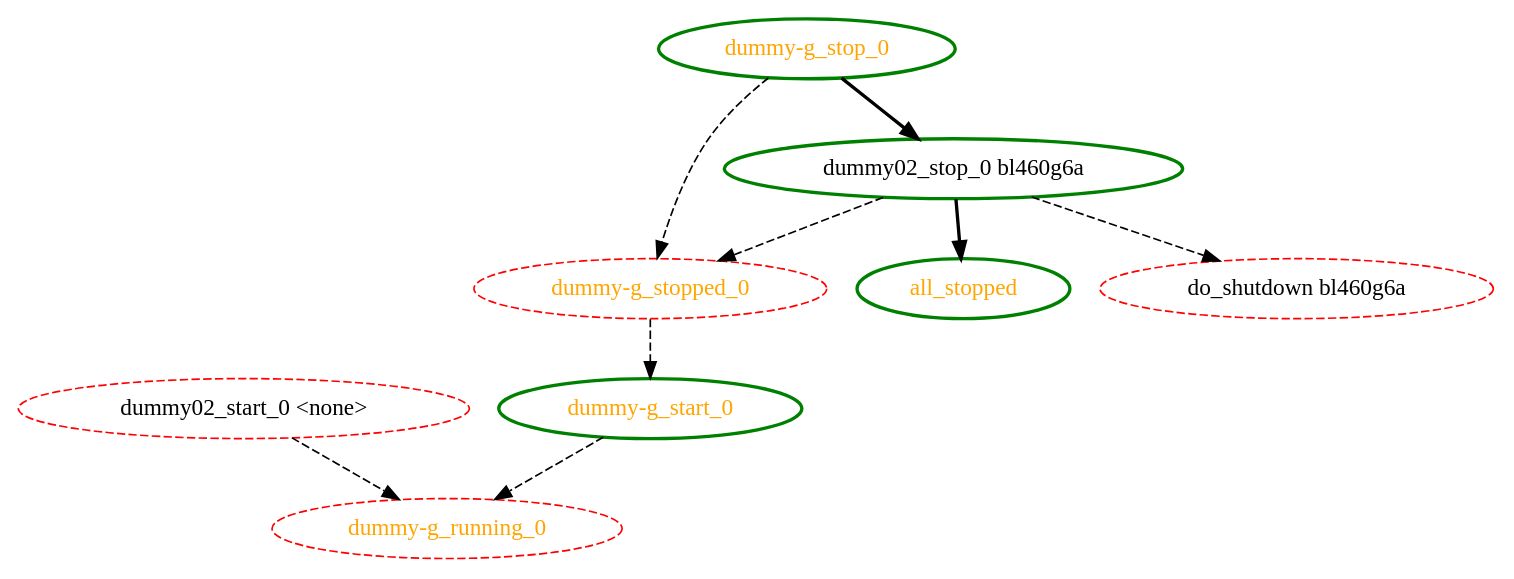
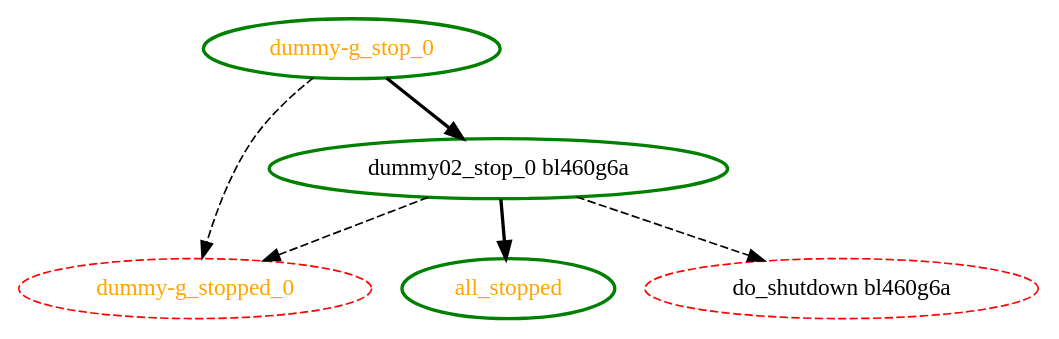
Before and after one commit to ClusterLabs/pacemaker: the diagram in pengine/test10/bug-5028-bottom.dot, drawn with Graphviz. The commit also changed 10 other files, not shown here.

```diff
--- a/pengine/test10/bug-5028-bottom.dot
+++ b/pengine/test10/bug-5028-bottom.dot
@@ -1,18 +1,12 @@
 digraph "g" {
 "all_stopped" [ style=bold color="green" fontcolor="orange"]
 "do_shutdown bl460g6a" [ style=dashed color="red" fontcolor="black"]
-"dummy-g_running_0" [ style=dashed color="red" fontcolor="orange"]
-"dummy-g_start_0" -> "dummy-g_running_0" [ style = dashed]
-"dummy-g_start_0" [ style=bold color="green" fontcolor="orange"]
 "dummy-g_stop_0" -> "dummy-g_stopped_0" [ style = dashed]
 "dummy-g_stop_0" -> "dummy02_stop_0 bl460g6a" [ style = bold]
 "dummy-g_stop_0" [ style=bold color="green" fontcolor="orange"]
-"dummy-g_stopped_0" -> "dummy-g_start_0" [ style = dashed]
 "dummy-g_stopped_0" [ style=dashed color="red" fontcolor="orange"]
-"dummy02_start_0 <none>" -> "dummy-g_running_0" [ style = dashed]
-"dummy02_start_0 <none>" [ style=dashed color="red" fontcolor="black"]
 "dummy02_stop_0 bl460g6a" -> "all_stopped" [ style = bold]
 "dummy02_stop_0 bl460g6a" -> "do_shutdown bl460g6a" [ style = dashed]
 "dummy02_stop_0 bl460g6a" -> "dummy-g_stopped_0" [ style = dashed]
 "dummy02_stop_0 bl460g6a" [ style=bold color="green" fontcolor="black"]
 }
```
